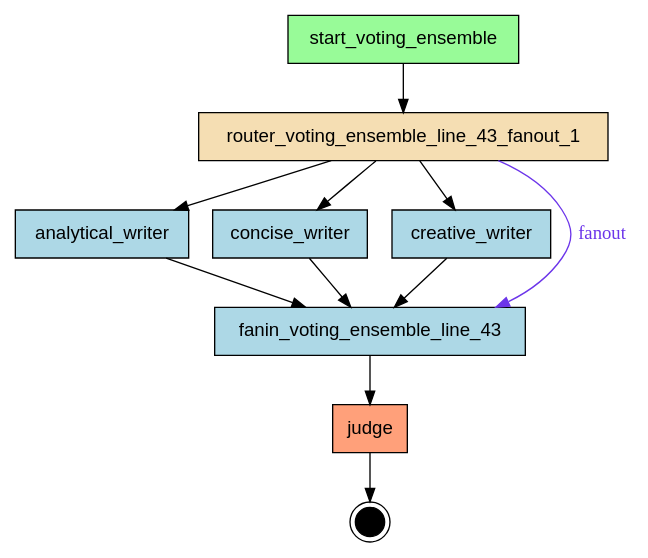
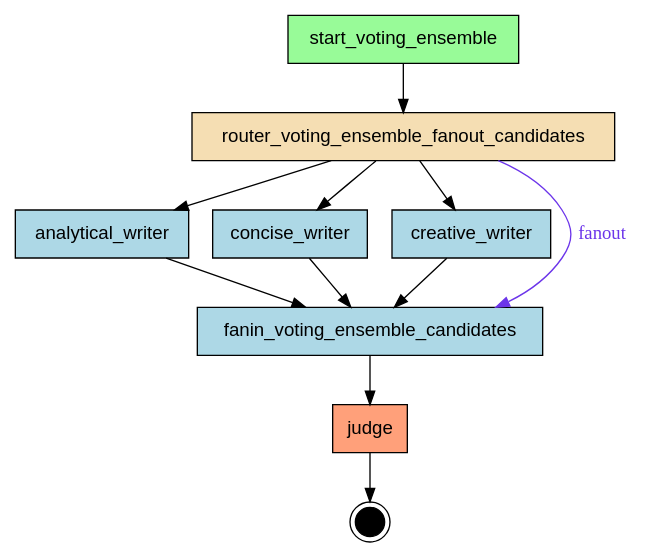
Before and after one commit to deliveryhero/asya: the diagram in examples/flows/agentic/compiled/voting_ensemble/flow.dot, drawn with Graphviz. The commit also changed 1078 other files, not shown here.

First line of the commit message:
feat(compiler): semantic router naming — AST-based instead of line-number-based [tos9]

```diff
--- a/examples/flows/agentic/compiled/voting_ensemble/flow.dot
+++ b/examples/flows/agentic/compiled/voting_ensemble/flow.dot
@@ -1,27 +1,27 @@
 digraph "voting_ensemble" {
     rankdir=TB;
     node [shape=box, style=filled, fontname="Helvetica"];
 
     { rank=source; start_voting_ensemble; }
 
     analytical_writer [label="analytical_writer", fillcolor=lightblue];
     concise_writer [label="concise_writer", fillcolor=lightblue];
     creative_writer [label="creative_writer", fillcolor=lightblue];
-    fanin_voting_ensemble_line_43 [label="fanin_voting_ensemble_line_43", fillcolor=lightblue];
+    fanin_voting_ensemble_candidates [label="fanin_voting_ensemble_candidates", fillcolor=lightblue];
     judge [label="judge", fillcolor=lightsalmon];
-    router_voting_ensemble_line_43_fanout_1 [label="router_voting_ensemble_line_43_fanout_1", fillcolor=wheat];
+    router_voting_ensemble_fanout_candidates [label="router_voting_ensemble_fanout_candidates", fillcolor=wheat];
     start_voting_ensemble [label="start_voting_ensemble", fillcolor=palegreen];
 
     __end__ [label="", shape=doublecircle, fillcolor=black, width=0.3, fixedsize=true];
 
-    start_voting_ensemble -> router_voting_ensemble_line_43_fanout_1;
-    router_voting_ensemble_line_43_fanout_1 -> fanin_voting_ensemble_line_43 [label="fanout", color="#6C35EA", fontcolor="#6C35EA"];
-    fanin_voting_ensemble_line_43 -> judge;
-    router_voting_ensemble_line_43_fanout_1 -> creative_writer;
-    creative_writer -> fanin_voting_ensemble_line_43;
-    router_voting_ensemble_line_43_fanout_1 -> analytical_writer;
-    analytical_writer -> fanin_voting_ensemble_line_43;
-    router_voting_ensemble_line_43_fanout_1 -> concise_writer;
-    concise_writer -> fanin_voting_ensemble_line_43;
+    start_voting_ensemble -> router_voting_ensemble_fanout_candidates;
+    router_voting_ensemble_fanout_candidates -> fanin_voting_ensemble_candidates [label="fanout", color="#6C35EA", fontcolor="#6C35EA"];
+    fanin_voting_ensemble_candidates -> judge;
+    router_voting_ensemble_fanout_candidates -> creative_writer;
+    creative_writer -> fanin_voting_ensemble_candidates;
+    router_voting_ensemble_fanout_candidates -> analytical_writer;
+    analytical_writer -> fanin_voting_ensemble_candidates;
+    router_voting_ensemble_fanout_candidates -> concise_writer;
+    concise_writer -> fanin_voting_ensemble_candidates;
     judge -> __end__;
 }
```
